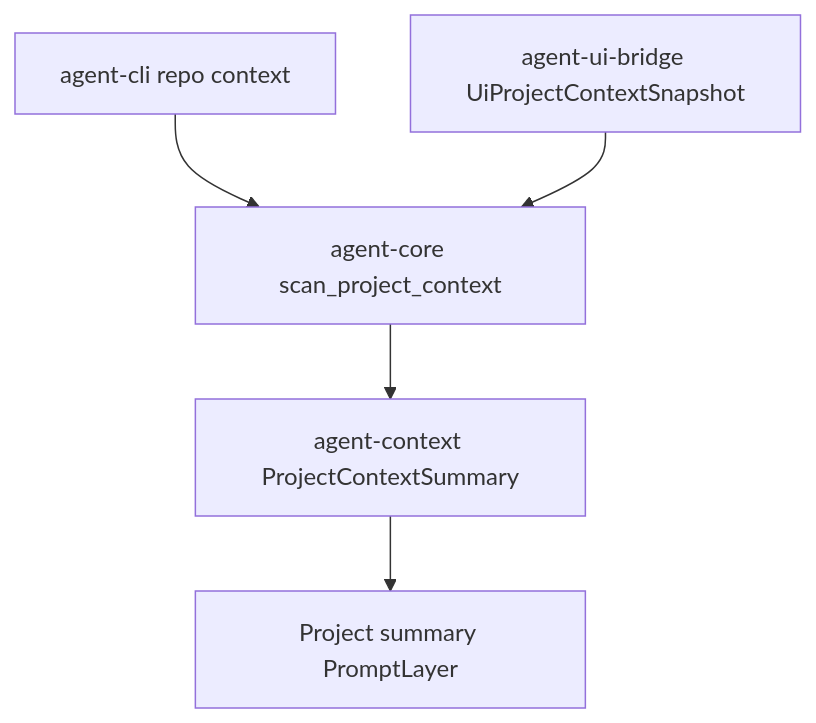
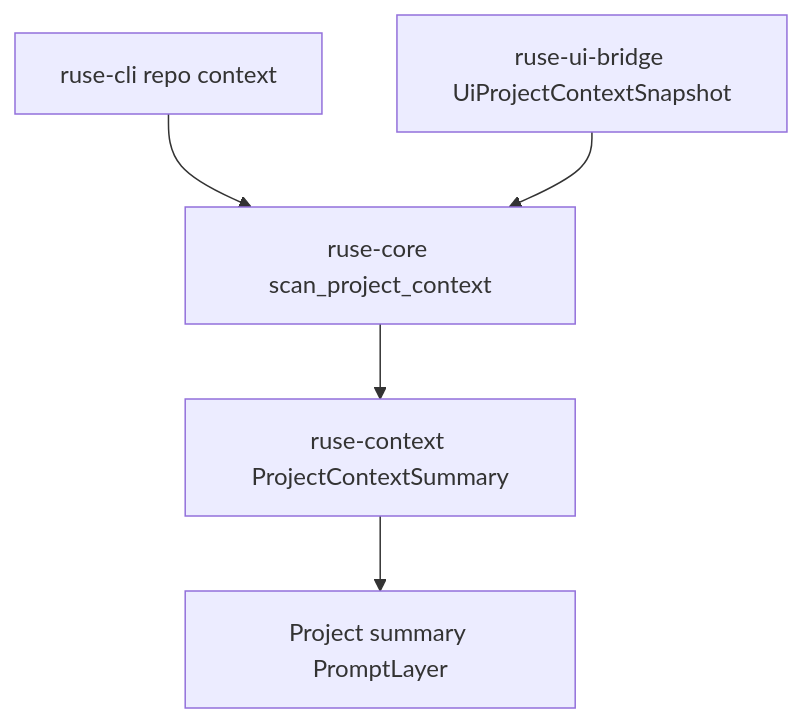
The diagram in docs/specs/M58-01-repo-map-file-tree-summaries.spec.md (poneding/agent), drawn with Mermaid before and after one commit. The commit also changed other lines of this file and 2091 other files, not shown here.

First line of the commit message:
refactor: rename agent branding to ruse

````diff
--- a/docs/specs/M58-01-repo-map-file-tree-summaries.spec.md
+++ b/docs/specs/M58-01-repo-map-file-tree-summaries.spec.md
@@ -36,7 +36,7 @@
 ```mermaid
 flowchart TD
-  Core["agent-core scan_project_context"] --> Context["agent-context ProjectContextSummary"]
+  Core["ruse-core scan_project_context"] --> Context["ruse-context ProjectContextSummary"]
   Context --> Prompt["Project summary PromptLayer"]
-  CLI["agent-cli repo context"] --> Core
-  Bridge["agent-ui-bridge UiProjectContextSnapshot"] --> Core
+  CLI["ruse-cli repo context"] --> Core
+  Bridge["ruse-ui-bridge UiProjectContextSnapshot"] --> Core
 ```
````
